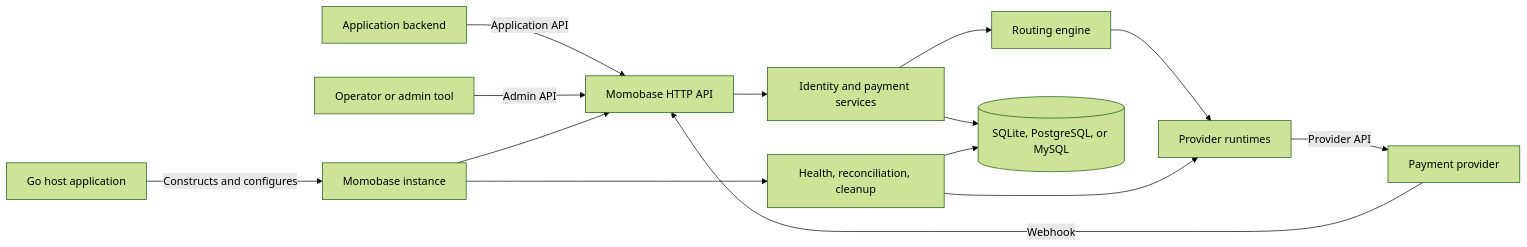
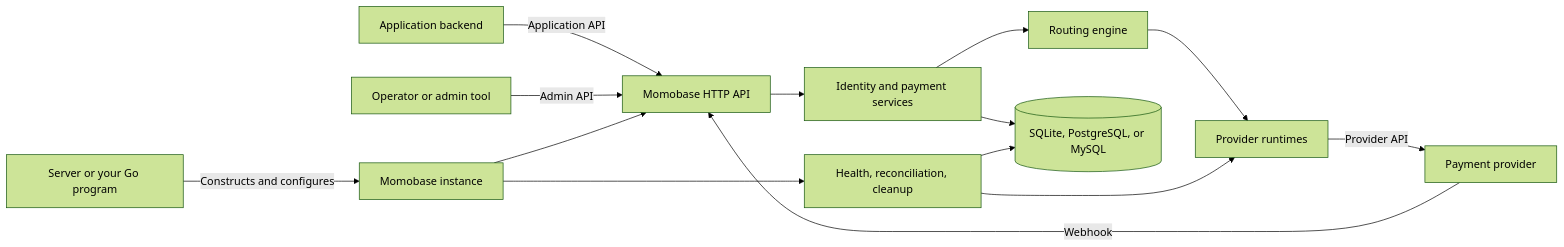
Before and after one commit to momobasehq/momobasehq.github.io: the second of 2 diagrams in guide/index.md, drawn with Mermaid (forest theme). The commit also changed other lines of this file and 27 other files, not shown here.

````diff
--- a/guide/index.md
+++ b/guide/index.md
@@ -23,16 +25,16 @@
 ```mermaid
 flowchart LR
     Client[Application backend] -->|Application API| HTTP[Momobase HTTP API]
     Operator[Operator or admin tool] -->|Admin API| HTTP
     Upstream[Payment provider] -->|Webhook| HTTP
-    Host[Go host application] -->|Constructs and configures| Instance[Momobase instance]
+    Host[Server or your Go program] -->|Constructs and configures| Instance[Momobase instance]
     HTTP --> Services[Identity and payment services]
     Services --> Routing[Routing engine]
     Routing --> Runtime[Provider runtimes]
     Runtime -->|Provider API| Upstream
     Services --> Database[(SQLite, PostgreSQL, or MySQL)]
     Workers[Health, reconciliation, cleanup] --> Runtime
     Workers --> Database
     Instance --> HTTP
     Instance --> Workers
 ```
````
